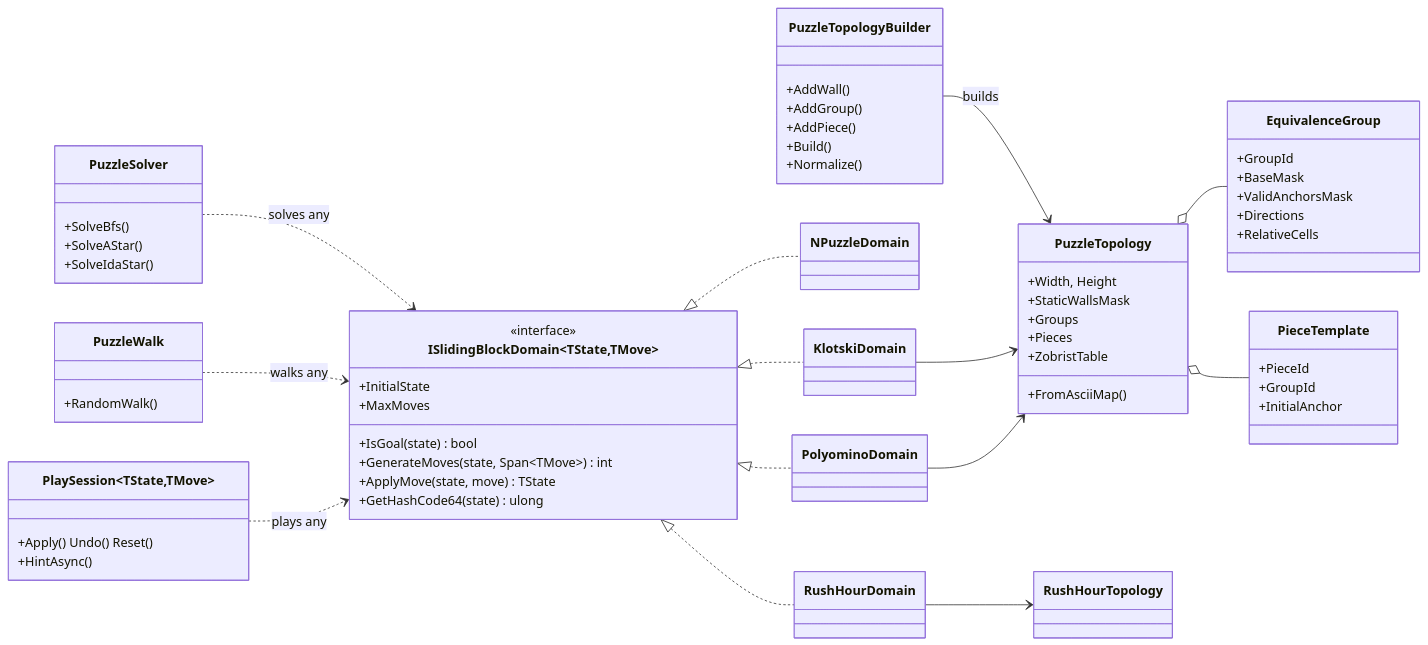
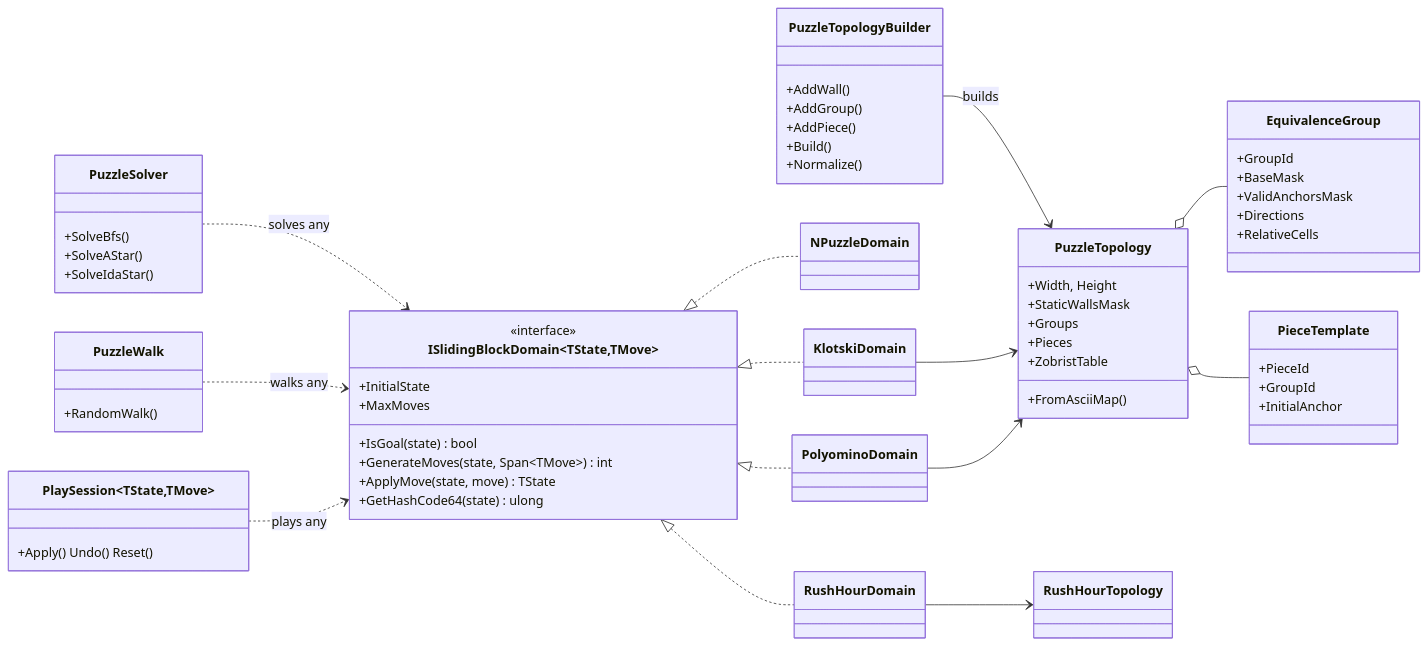
One commit to th3snark/E2e4.SlidingBlock.Logic changed the first of 3 diagrams in docs/05-object-model.md. Above: the diagram before and after it, drawn with Mermaid. The commit also changed 9 other files, not shown here.

````diff
--- a/docs/05-object-model.md
+++ b/docs/05-object-model.md
@@ -8,65 +8,64 @@
 ```mermaid
 classDiagram
     direction LR
     class ISlidingBlockDomain~TState,TMove~ {
         <<interface>>
         +InitialState
         +MaxMoves
         +IsGoal(state) bool
         +GenerateMoves(state, Span~TMove~) int
         +ApplyMove(state, move) TState
         +GetHashCode64(state) ulong
     }
     class PuzzleSolver {
         +SolveBfs()
         +SolveAStar()
         +SolveIdaStar()
     }
     class PuzzleWalk {
         +RandomWalk()
     }
     class PlaySession~TState,TMove~ {
         +Apply() Undo() Reset()
-        +HintAsync()
     }
     class PuzzleTopology {
         +Width, Height
         +StaticWallsMask
         +Groups
         +Pieces
         +ZobristTable
         +FromAsciiMap()
     }
     class PuzzleTopologyBuilder {
         +AddWall()
         +AddGroup()
         +AddPiece()
         +Build()
         +Normalize()
     }
     class EquivalenceGroup {
         +GroupId
         +BaseMask
         +ValidAnchorsMask
         +Directions
         +RelativeCells
     }
     class PieceTemplate {
         +PieceId
         +GroupId
         +InitialAnchor
     }
     PuzzleTopologyBuilder --> PuzzleTopology : builds
     PuzzleTopology o-- EquivalenceGroup
     PuzzleTopology o-- PieceTemplate
     PuzzleSolver ..> ISlidingBlockDomain : solves any
     PuzzleWalk ..> ISlidingBlockDomain : walks any
     PlaySession ..> ISlidingBlockDomain : plays any
     ISlidingBlockDomain <|.. NPuzzleDomain
     ISlidingBlockDomain <|.. KlotskiDomain
     ISlidingBlockDomain <|.. RushHourDomain
     ISlidingBlockDomain <|.. PolyominoDomain
     KlotskiDomain --> PuzzleTopology
     PolyominoDomain --> PuzzleTopology
     RushHourDomain --> RushHourTopology
 ```
````
